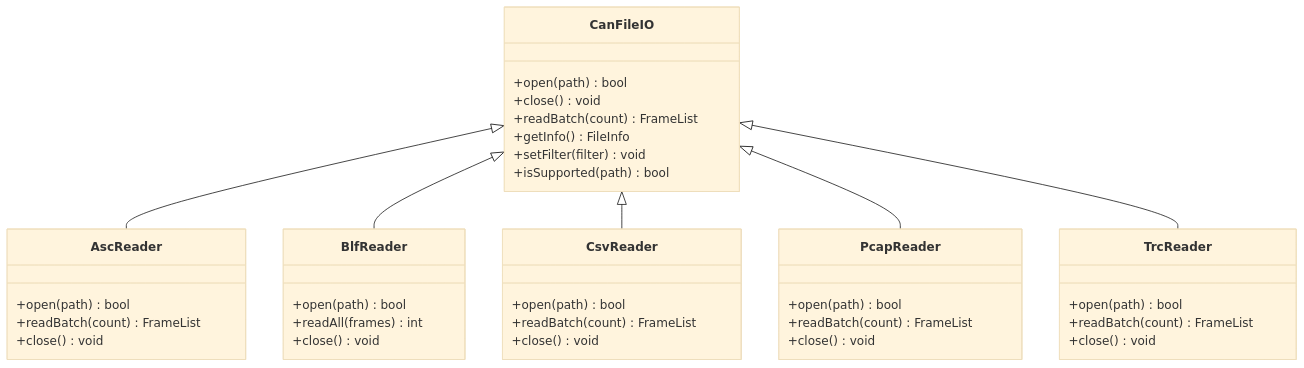
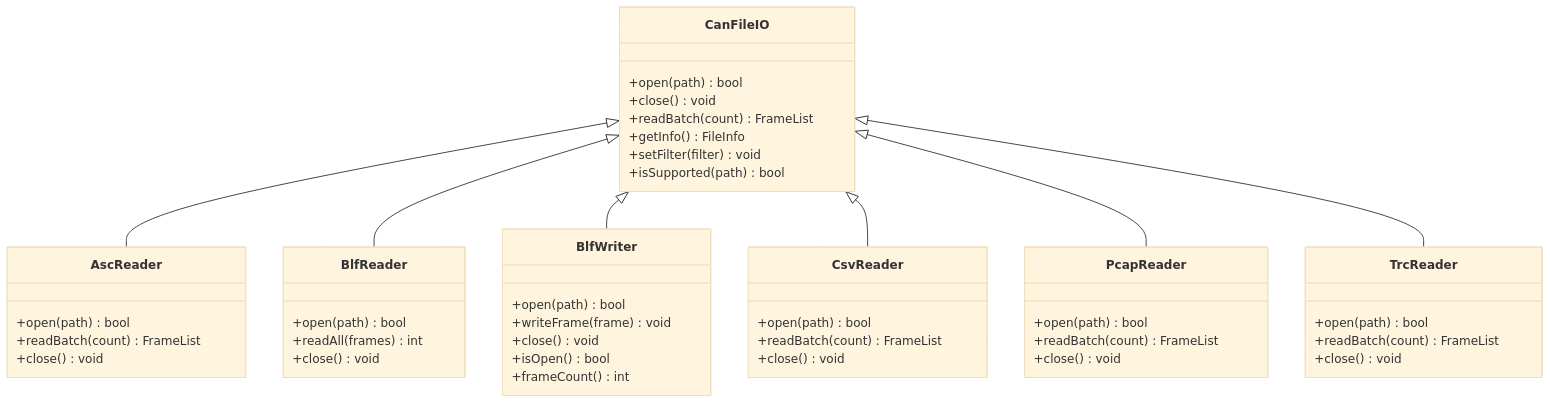
The third of 11 diagrams in .qoder/repowiki/zh/content/核心模块详解/CAN文件IO系统.md (jakecai1225-design/OpenBus), drawn with Mermaid (base theme) before and after one commit. The commit also changed other lines of this file and 38 other files, not shown here.

````diff
--- a/.qoder/repowiki/zh/content/核心模块详解/CAN文件IO系统.md
+++ b/.qoder/repowiki/zh/content/核心模块详解/CAN文件IO系统.md
@@ -190,41 +199,49 @@
 ```mermaid
 classDiagram
 class CanFileIO {
 +open(path) bool
 +close() void
 +readBatch(count) FrameList
 +getInfo() FileInfo
 +setFilter(filter) void
 +isSupported(path) bool
 }
 class AscReader {
 +open(path) bool
 +readBatch(count) FrameList
 +close() void
 }
 class BlfReader {
 +open(path) bool
 +readAll(frames) int
 +close() void
 }
+class BlfWriter {
++open(path) bool
++writeFrame(frame) void
++close() void
++isOpen() bool
++frameCount() int
+}
 class CsvReader {
 +open(path) bool
 +readBatch(count) FrameList
 +close() void
 }
 class PcapReader {
 +open(path) bool
 +readBatch(count) FrameList
 +close() void
 }
 class TrcReader {
 +open(path) bool
 +readBatch(count) FrameList
 +close() void
 }
 CanFileIO <|-- AscReader
 CanFileIO <|-- BlfReader
+CanFileIO <|-- BlfWriter
 CanFileIO <|-- CsvReader
 CanFileIO <|-- PcapReader
 CanFileIO <|-- TrcReader
 ```
````
